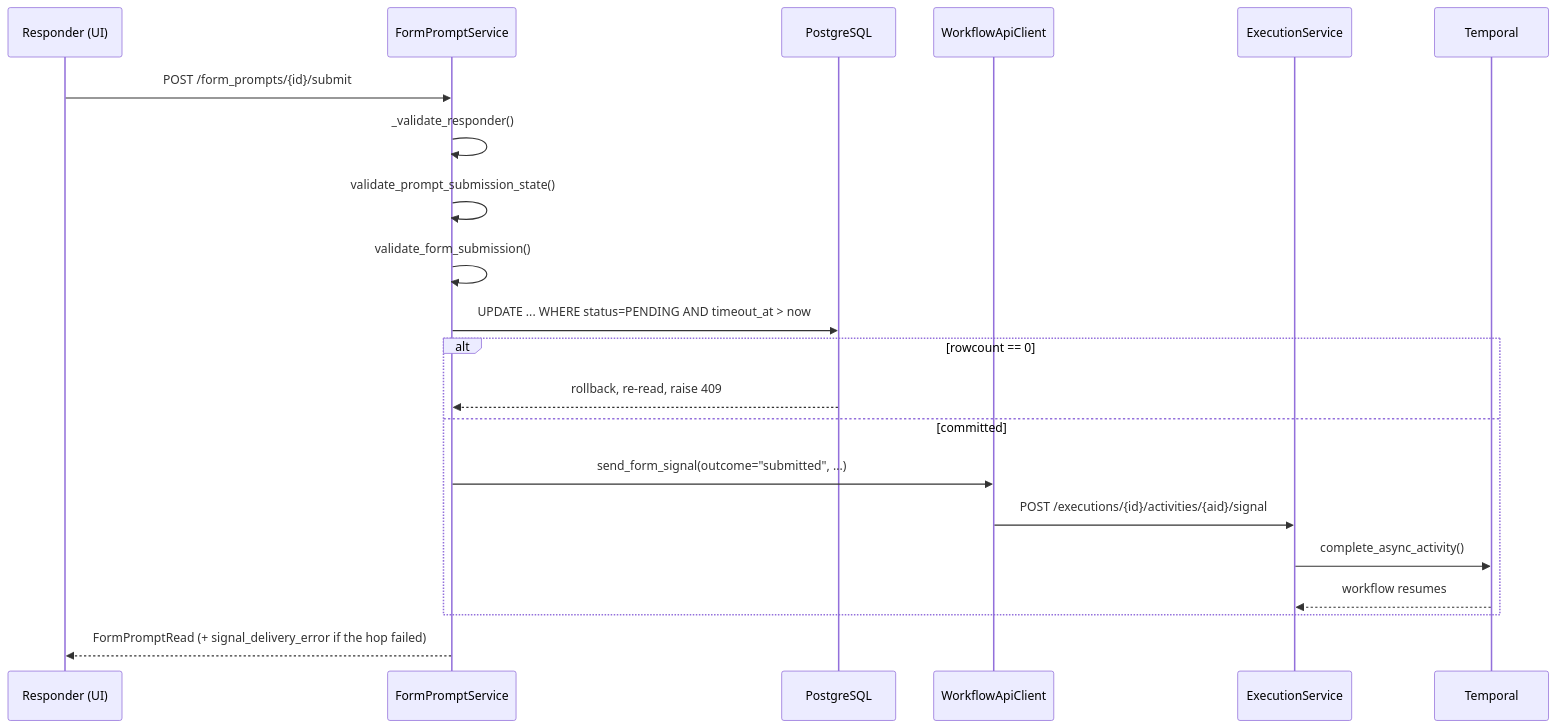
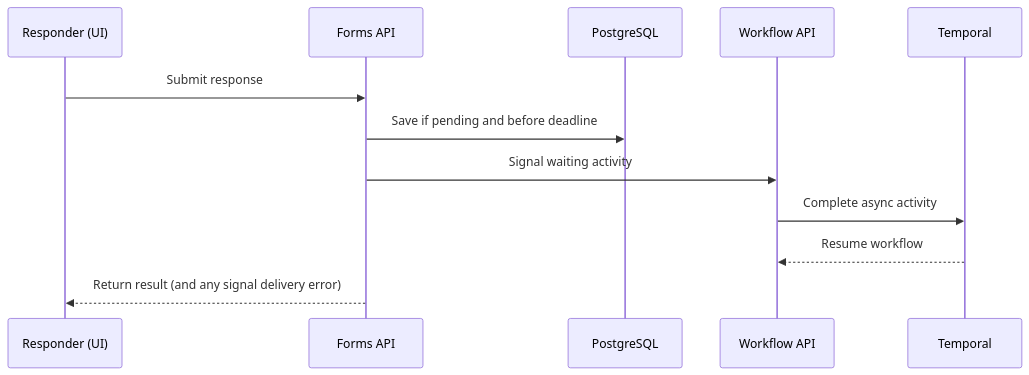
The third of 4 diagrams in backend/docs/form-prompts/form-prompt-overview.md (acedya/syntara), drawn with Mermaid before and after one commit. The commit also changed other lines of this file, not shown here.

````diff
--- a/backend/docs/form-prompts/form-prompt-overview.md
+++ b/backend/docs/form-prompts/form-prompt-overview.md
@@ -310,24 +177,15 @@
 ```mermaid
 sequenceDiagram
     participant U as Responder (UI)
-    participant S as FormPromptService
+    participant F as Forms API
     participant DB as PostgreSQL
-    participant W as WorkflowApiClient
-    participant E as ExecutionService
+    participant W as Workflow API
     participant T as Temporal
 
-    U->>S: POST /form_prompts/{id}/submit
-    S->>S: _validate_responder()
-    S->>S: validate_prompt_submission_state()
-    S->>S: validate_form_submission()
-    S->>DB: UPDATE ... WHERE status=PENDING AND timeout_at > now
-    alt rowcount == 0
-        DB-->>S: rollback, re-read, raise 409
-    else committed
-        S->>W: send_form_signal(outcome="submitted", ...)
-        W->>E: POST /executions/{id}/activities/{aid}/signal
-        E->>T: complete_async_activity()
-        T-->>E: workflow resumes
-    end
-    S-->>U: FormPromptRead (+ signal_delivery_error if the hop failed)
+    U->>F: Submit response
+    F->>DB: Save if pending and before deadline
+    F->>W: Signal waiting activity
+    W->>T: Complete async activity
+    T-->>W: Resume workflow
+    F-->>U: Return result (and any signal delivery error)
 ```
````
